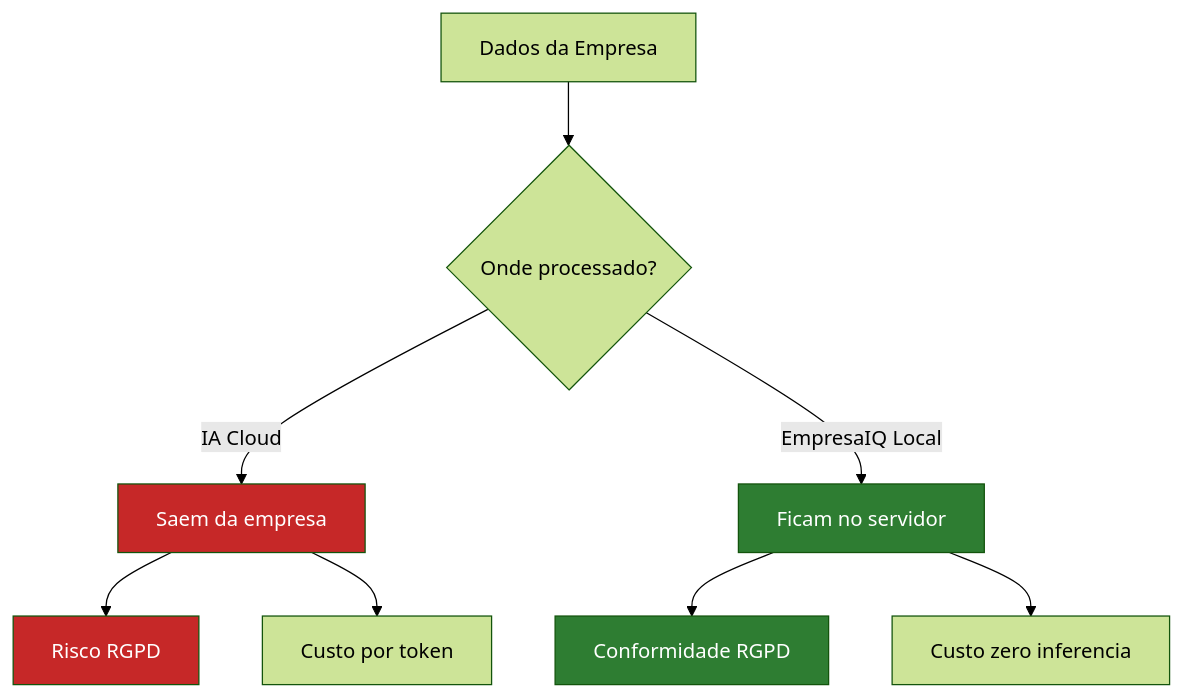
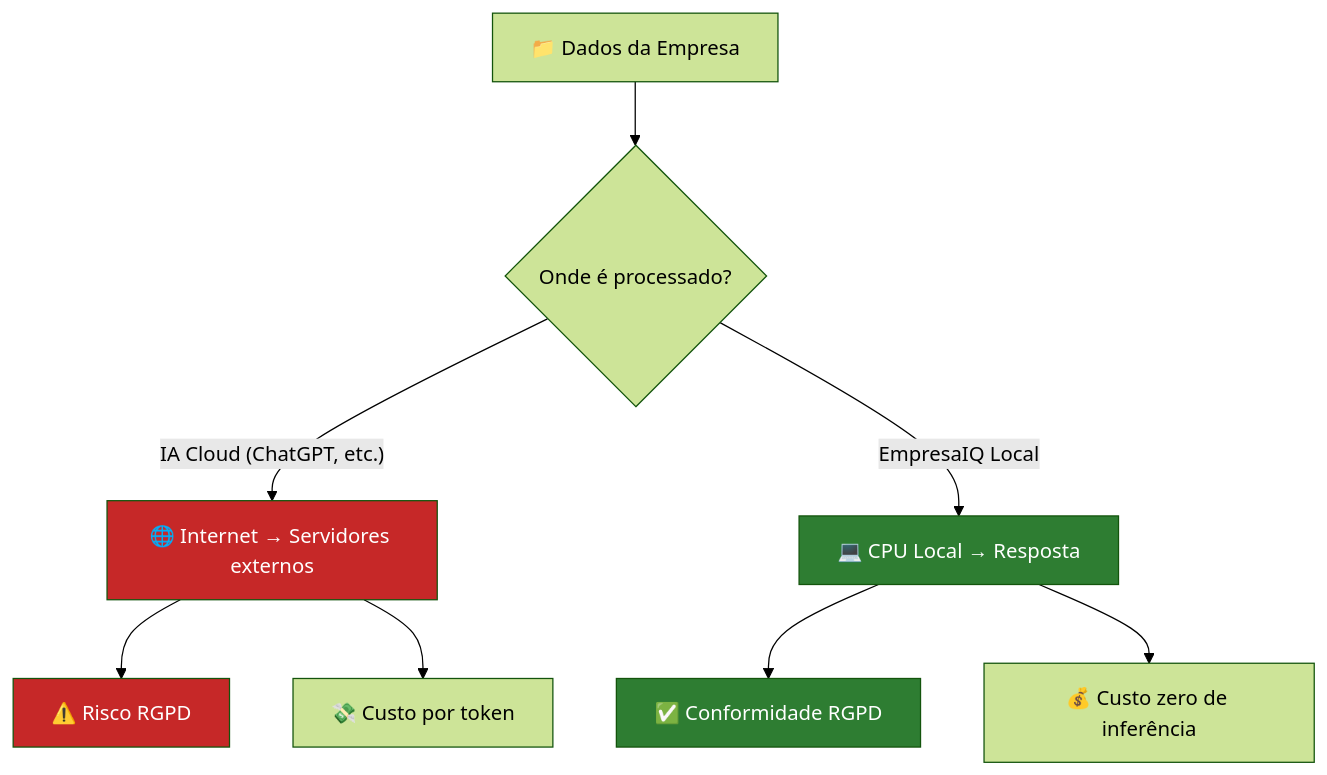
Before and after one commit to icpmtech/empresaiq-ebook: the diagram in docs/15-seguranca-privacidade.md, drawn with Mermaid (forest theme). The commit also changed other lines of this file and 24 other files, not shown here.

````diff
--- a/docs/15-seguranca-privacidade.md
+++ b/docs/15-seguranca-privacidade.md
@@ -9,14 +19,14 @@
 ```mermaid
 graph TD
-    A[Dados da Empresa] --> B{Onde processado?}
-    B -->|IA Cloud| C[Saem da empresa]
-    B -->|EmpresaIQ Local| D[Ficam no servidor]
-    C --> E[Risco RGPD]
-    C --> F[Custo por token]
-    D --> G[Conformidade RGPD]
-    D --> H[Custo zero inferencia]
+    A["📁 Dados da Empresa"] --> B{"Onde é processado?"}
+    B -->|"IA Cloud (ChatGPT, etc.)"| C["🌐 Internet → Servidores externos"]
+    B -->|"EmpresaIQ Local"| D["💻 CPU Local → Resposta"]
+    C --> E["⚠️ Risco RGPD"]
+    C --> F["💸 Custo por token"]
+    D --> G["✅ Conformidade RGPD"]
+    D --> H["💰 Custo zero de inferência"]
     style D fill:#2E7D32,color:#fff
     style G fill:#2E7D32,color:#fff
     style C fill:#C62828,color:#fff
     style E fill:#C62828,color:#fff
 ```
````
